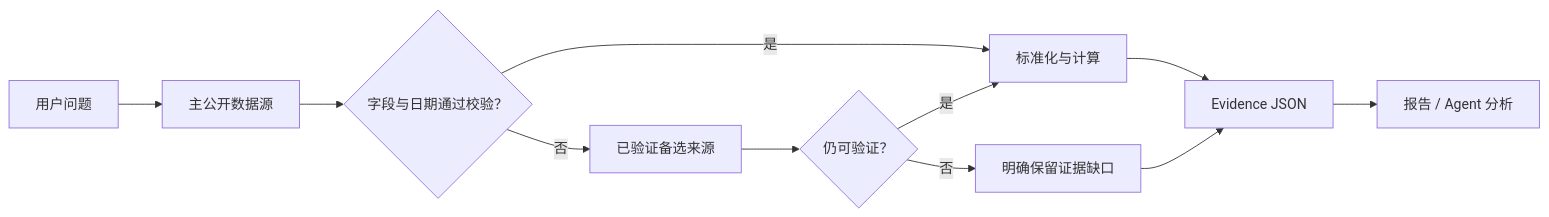
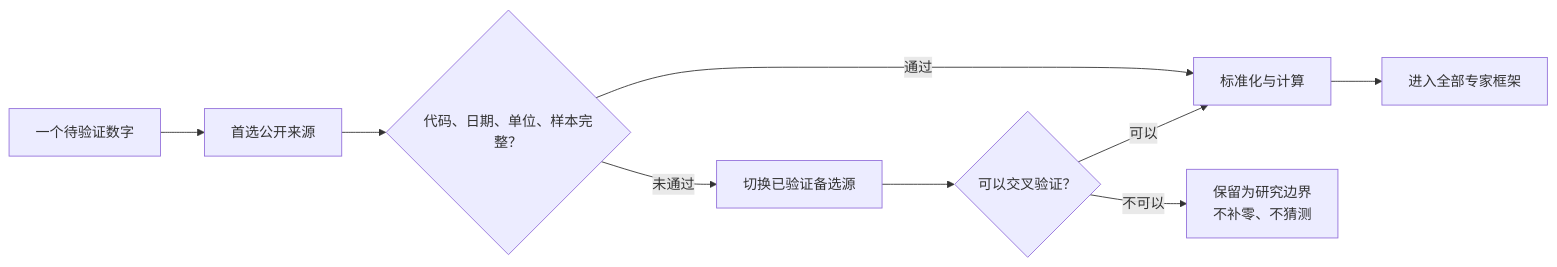
One commit to AdvancingTitans/stock-analysis changed the second of 2 diagrams in README.zh-CN.md. Above: the diagram before and after it, drawn with Mermaid. The commit also changed other lines of this file and 49 other files, not shown here.

````diff
--- a/README.zh-CN.md
+++ b/README.zh-CN.md
@@ -105,9 +153,9 @@
 ```mermaid
 flowchart LR
-    Q["用户问题"] --> P["主公开数据源"]
-    P --> V{"字段与日期通过校验？"}
-    V -- 是 --> N["标准化与计算"] --> J["Evidence JSON"] --> A["报告 / Agent 分析"]
-    V -- 否 --> F["已验证备选来源"] --> V2{"仍可验证？"}
-    V2 -- 是 --> N
-    V2 -- 否 --> G["明确保留证据缺口"] --> J
+    Q["一个待验证数字"] --> P["首选公开来源"]
+    P --> V{"代码、日期、单位、样本完整？"}
+    V -- 通过 --> N["标准化与计算"] --> A["进入全部专家框架"]
+    V -- 未通过 --> F["切换已验证备选源"] --> V2{"可以交叉验证？"}
+    V2 -- 可以 --> N
+    V2 -- 不可以 --> G["保留为研究边界\n不补零、不猜测"]
 ```
````
